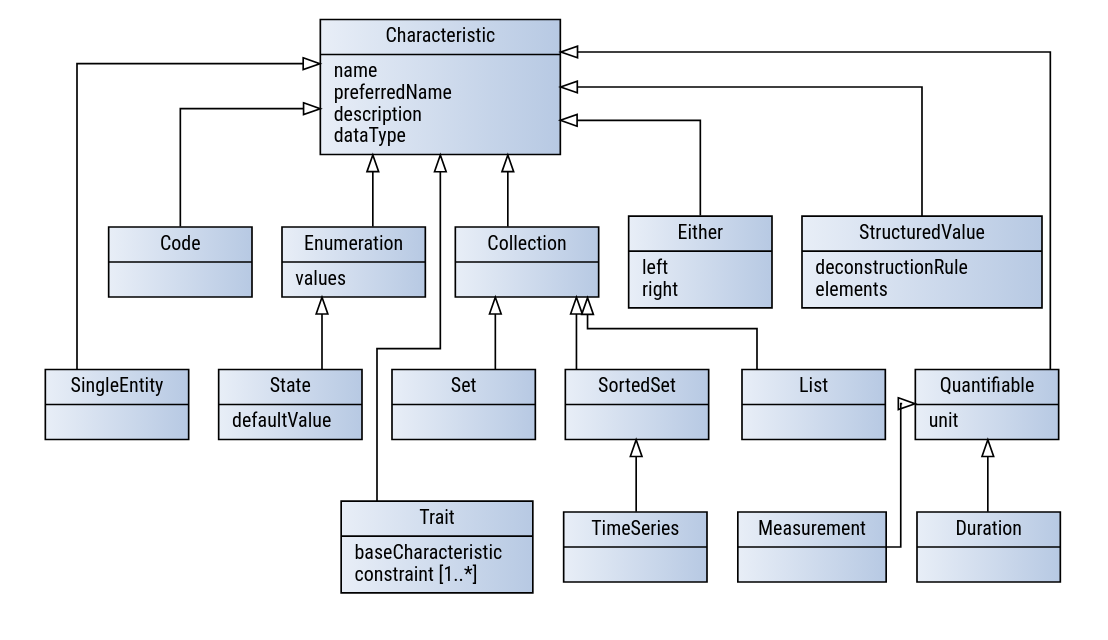
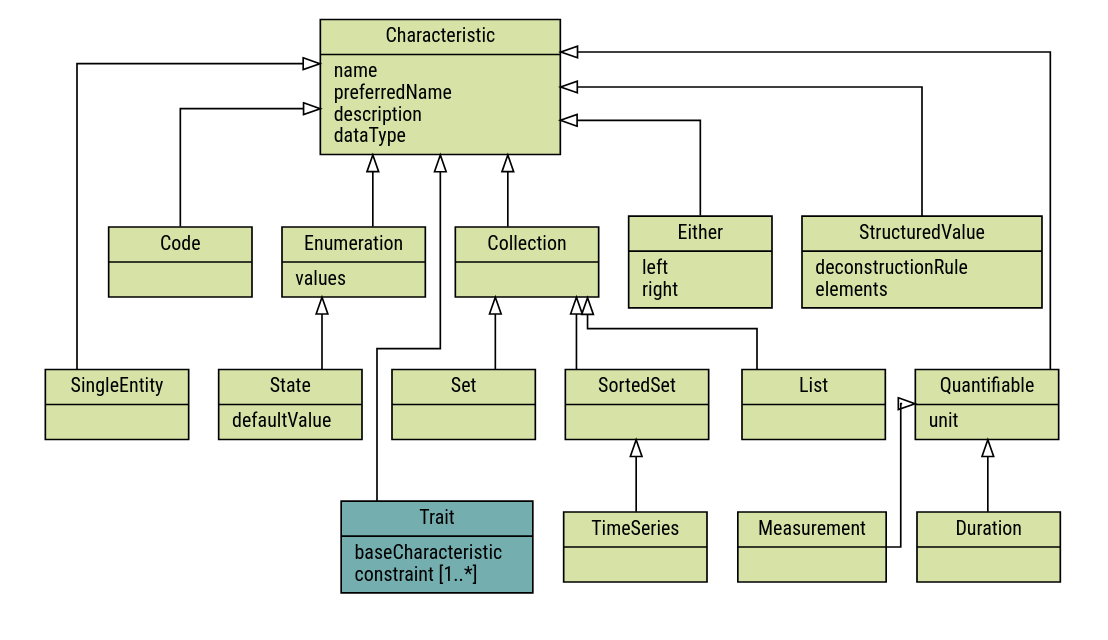
The diagram in documentation/modules/ROOT/diagrams/characteristics-classes.dot (eclipse-esmf/esmf-semantic-aspect-meta-model), drawn with Graphviz before and after one commit. The commit also changed 6 other files, not shown here.

Commit message:
Adjust colors in meta model elements and characteristics diagrams (#291)

```diff
--- a/documentation/modules/ROOT/diagrams/characteristics-classes.dot
+++ b/documentation/modules/ROOT/diagrams/characteristics-classes.dot
@@ -1,107 +1,171 @@
 // Copyright (c) 2023 Robert Bosch Manufacturing Solutions GmbH
 
 // See the AUTHORS file(s) distributed with this work for additional information regarding authorship.
 
 // This Source Code Form is subject to the terms of the Mozilla Public License, v. 2.0.
 // If a copy of the MPL was not distributed with this file, You can obtain one at https://mozilla.org/MPL/2.0/
 // SPDX-License-Identifier: MPL-2.0
 
 // PRAGMA LAYOUT-ENGINE: dot
 digraph characteristics_classes {
   splines=ortho
   rankdir=BT
 
   node [
     fontname="Roboto Condensed"
     fontsize=12
     style="filled"
     shape="record"
     gradientangle=0
     fillcolor="#e8eef7:#b7c9e3"
     color="#000000"
     fontcolor="#000000"
   ]
 
   edge [
     fontname="Roboto Condensed"
     fontsize=10
     color="#000000"
     fontcolor="#000000"
   ]
 
   node [
     width = 2
   ]
 
   edge [
     arrowhead = empty
   ]
 
   // Wide nodes
-  Characteristic [label="{ Characteristic|name\lpreferredName\ldescription\ldataType\l}", href="../characteristics.html#characteristic-characteristic"]
-  StructuredValue [label="{ StructuredValue|deconstructionRule\lelements\l}", href="../characteristics.html#structured-value-characteristic"]
+  Characteristic [
+    label="{ Characteristic|name\lpreferredName\ldescription\ldataType\l}",
+    href="../characteristics.html#characteristic-characteristic",
+    fillcolor="#d6e2a6"
+  ]
+  StructuredValue [
+    label="{ StructuredValue|deconstructionRule\lelements\l}",
+    href="../characteristics.html#structured-value-characteristic",
+    fillcolor="#d6e2a6"
+  ]
 
   // Narrow nodes
   node [
     width = 1.2
   ]
 
-  Quantifiable [label="{ Quantifiable|unit\l}", href="../characteristics.html#quantifiable-characteristic"]
-  Either [label="{ Either|left\lright\l}", href="../characteristics.html#either-characteristic"]
-  Enumeration [label="{ Enumeration|values\l}", href="../characteristics.html#enumeration-characteristic"]
-  Collection [label="{ Collection|}", href="../characteristics.html#collection-characteristic"]
-  Trait [label="{ Trait|baseCharacteristic\lconstraint [1..*]\l}", href="../characteristics.html#trait-characteristic"]
-  State [label="{ State|defaultValue\l}", href="../characteristics.html#state-characteristic"]
-  Set [label="{ Set|}", href="../characteristics.html#set-characteristic"]
-  List [label="{ List|}", href="../characteristics.html#list-characteristic"]
-  TimeSeries [label="{ TimeSeries|}", href="../characteristics.html#time-series-characteristic"]
-  Duration [label="{ Duration|}", href="../characteristics.html#duration-characteristic"]
-  Measurement [label="{ Measurement|}", href="../characteristics.html#measurement-characteristic"]
-  Code [label="{ Code|}", href="../characteristics.html#code-characteristic"]
-  SingleEntity [label="{ SingleEntity|}", href="../characteristics.html#single-entity-characteristic"]
-  SortedSet [label="{ SortedSet|}", href="../characteristics.html#sorted-set-characteristic"]
+  Quantifiable [
+    label="{ Quantifiable|unit\l}",
+    href="../characteristics.html#quantifiable-characteristic",
+    fillcolor="#d6e2a6"
+  ]
+  Either [
+    label="{ Either|left\lright\l}",
+    href="../characteristics.html#either-characteristic",
+    fillcolor="#d6e2a6"
+  ]
+  Enumeration [
+    label="{ Enumeration|values\l}",
+    href="../characteristics.html#enumeration-characteristic",
+    fillcolor="#d6e2a6"
+  ]
+  Collection [
+    label="{ Collection|}",
+    href="../characteristics.html#collection-characteristic",
+    fillcolor="#d6e2a6"
+  ]
+  Trait [
+    label="{ Trait|baseCharacteristic\lconstraint [1..*]\l}",
+    href="../characteristics.html#trait-characteristic",
+    fillcolor="#74aeaf"
+  ]
+  State [
+    label="{ State|defaultValue\l}",
+    href="../characteristics.html#state-characteristic",
+    fillcolor="#d6e2a6"
+  ]
+  Set [
+    label="{ Set|}",
+    href="../characteristics.html#set-characteristic",
+    fillcolor="#d6e2a6"
+  ]
+  List [
+    label="{ List|}",
+    href="../characteristics.html#list-characteristic",
+    fillcolor="#d6e2a6"
+  ]
+  TimeSeries [
+    label="{ TimeSeries|}",
+    href="../characteristics.html#time-series-characteristic",
+    fillcolor="#d6e2a6"
+  ]
+  Duration [
+    label="{ Duration|}",
+    href="../characteristics.html#duration-characteristic",
+    fillcolor="#d6e2a6"
+  ]
+  Measurement [
+    label="{ Measurement|}",
+    href="../characteristics.html#measurement-characteristic",
+    fillcolor="#d6e2a6"
+  ]
+  Code [
+    label="{ Code|}",
+    href="../characteristics.html#code-characteristic",
+    fillcolor="#d6e2a6"
+  ]
+  SingleEntity [
+    label="{ SingleEntity|}",
+    href="../characteristics.html#single-entity-characteristic",
+    fillcolor="#d6e2a6"
+  ]
+  SortedSet [
+    label="{ SortedSet|}",
+    href="../characteristics.html#sorted-set-characteristic",
+    fillcolor="#d6e2a6"
+  ]
 
   Either -> Characteristic
   Enumeration -> Characteristic
   SingleEntity -> Characteristic
   State -> Enumeration
   Quantifiable -> Characteristic
   Duration -> Quantifiable
   Measurement -> Quantifiable
   Collection -> Characteristic
   Set -> Collection
   List -> Collection
   SortedSet -> Collection
   TimeSeries -> SortedSet
   Trait -> Characteristic
   Code -> Characteristic
   StructuredValue -> Characteristic
 
   subgraph cluster_0 {
     color=white
     Either;
     Enumeration;
     Collection;
     Code;
     StructuredValue
   }
 
   subgraph cluster_1 {
     color=white
     State;
     Set;
     SingleEntity;
   }
   subgraph cluster_2 {
     color=white
     Quantifiable;
     List;
   }
   subgraph cluster_3 {
     color=white
     Duration;
     Measurement;
     TimeSeries;
     Trait;
   }
 }
```
